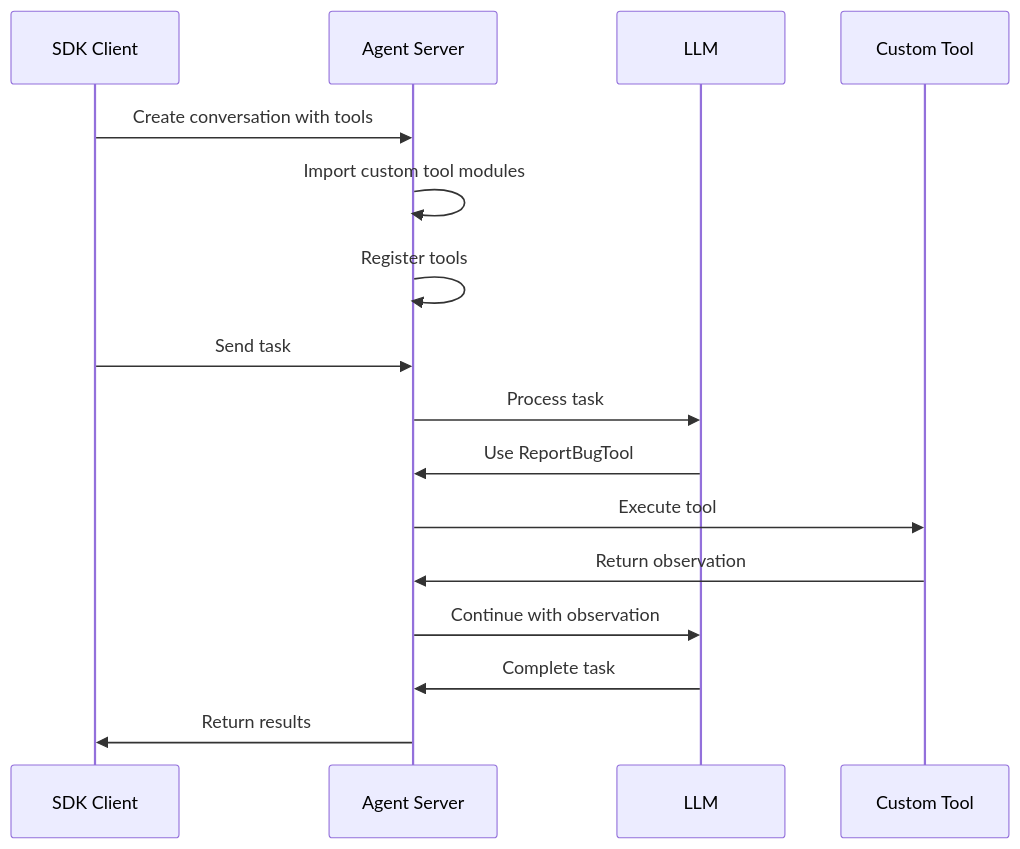
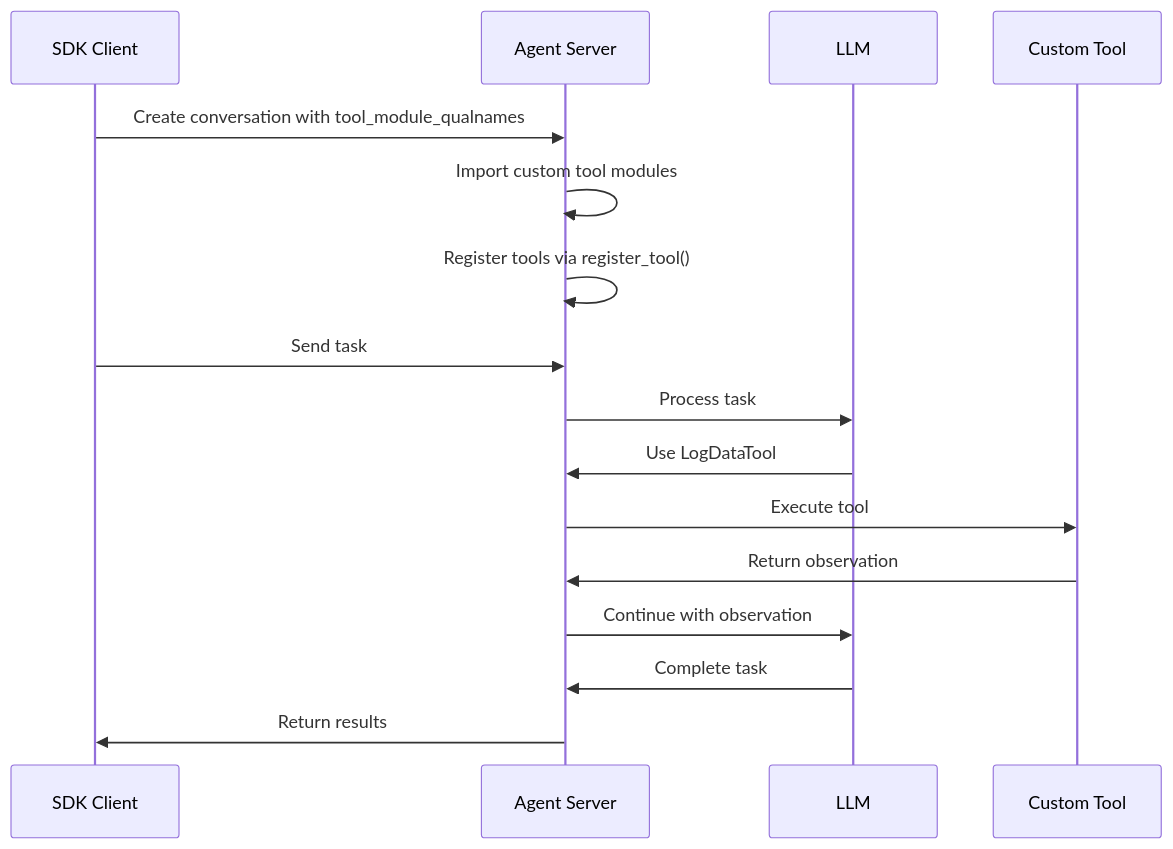
The diagram in sdk/guides/agent-server/custom-tools.mdx (OpenHands/docs), drawn with Mermaid before and after one commit. The commit also changed other lines of this file, not shown here.

First line of the commit message:
docs(sdk): Update custom tools guide to match implementation

````diff
--- a/sdk/guides/agent-server/custom-tools.mdx
+++ b/sdk/guides/agent-server/custom-tools.mdx
@@ -283,19 +328,19 @@
 ```mermaid
 sequenceDiagram
     participant Client as SDK Client
     participant Server as Agent Server
     participant LLM as LLM
     participant Tool as Custom Tool
     
-    Client->>Server: Create conversation with tools
+    Client->>Server: Create conversation with tool_module_qualnames
     Server->>Server: Import custom tool modules
-    Server->>Server: Register tools
+    Server->>Server: Register tools via register_tool()
     Client->>Server: Send task
     Server->>LLM: Process task
-    LLM->>Server: Use ReportBugTool
+    LLM->>Server: Use LogDataTool
     Server->>Tool: Execute tool
     Tool->>Server: Return observation
     Server->>LLM: Continue with observation
     LLM->>Server: Complete task
     Server->>Client: Return results
 ```
````
